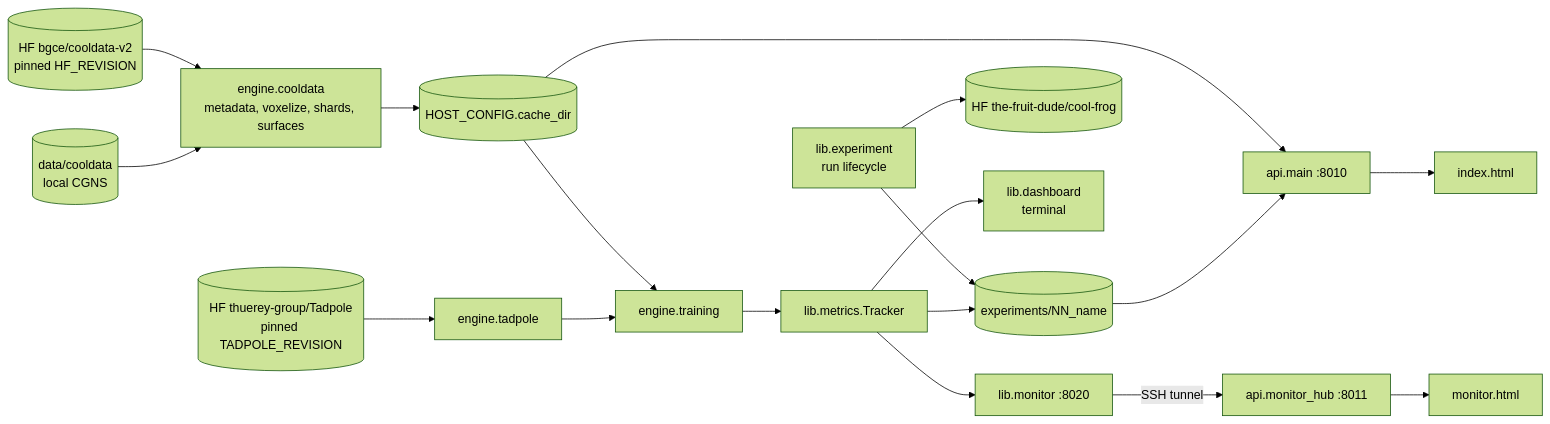
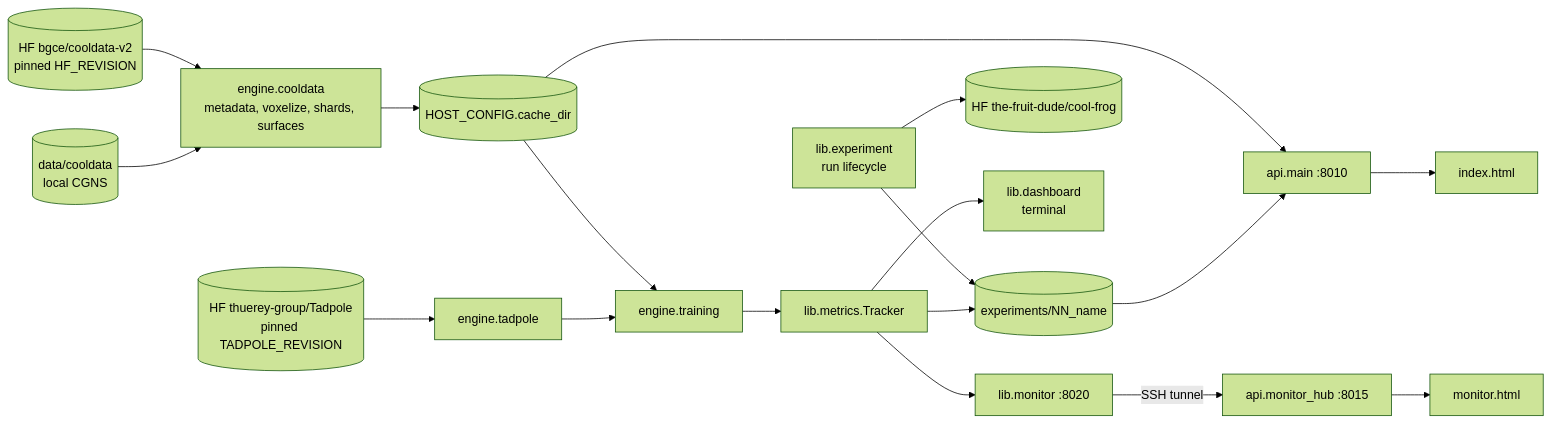
The diagram in .docs/architecture.md (patrickab/cool-frog), drawn with Mermaid (forest theme) before and after one commit. The commit also changed other lines of this file and 11 other files, not shown here.

````diff
--- a/.docs/architecture.md
+++ b/.docs/architecture.md
@@ -11,20 +11,20 @@
 ```mermaid
 flowchart LR
   HFData[(HF bgce/cooldata-v2<br/>pinned HF_REVISION)] --> CoolData
   Local[(data/cooldata<br/>local CGNS)] --> CoolData
   CoolData[engine.cooldata<br/>metadata, voxelize, shards, surfaces] --> Cache[(HOST_CONFIG.cache_dir)]
   HFWeights[(HF thuerey-group/Tadpole<br/>pinned TADPOLE_REVISION)] --> Tadpole[engine.tadpole]
   Cache --> Training[engine.training]
   Tadpole --> Training
   Training --> Tracker[lib.metrics.Tracker]
   Experiment[lib.experiment<br/>run lifecycle] --> RunFolder[(experiments/NN_name)]
   Tracker --> RunFolder
   Experiment --> HFArtifacts[(HF the-fruit-dude/cool-frog)]
   Tracker --> Dashboard[lib.dashboard<br/>terminal]
   Tracker --> Monitor[lib.monitor :8020]
-  Monitor -- SSH tunnel --> Hub[api.monitor_hub :8011]
+  Monitor -- SSH tunnel --> Hub[api.monitor_hub :8015]
   Hub --> MonitorPage[monitor.html]
   Cache --> API[api.main :8010]
   RunFolder --> API
   API --> Explorer[index.html]
 ```
````
